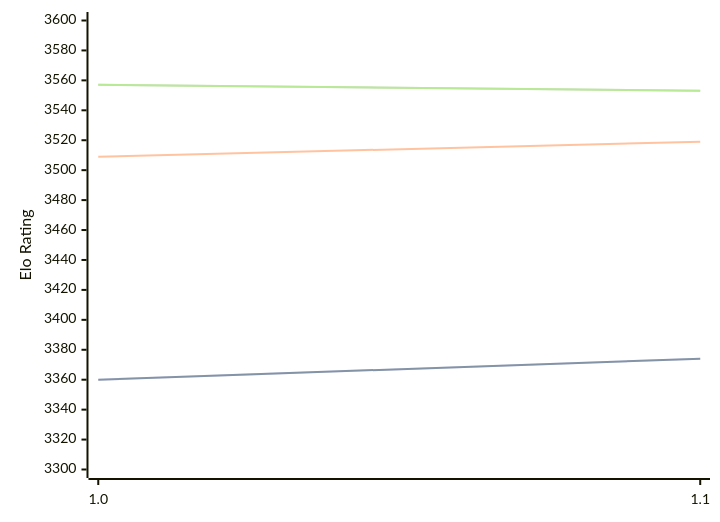
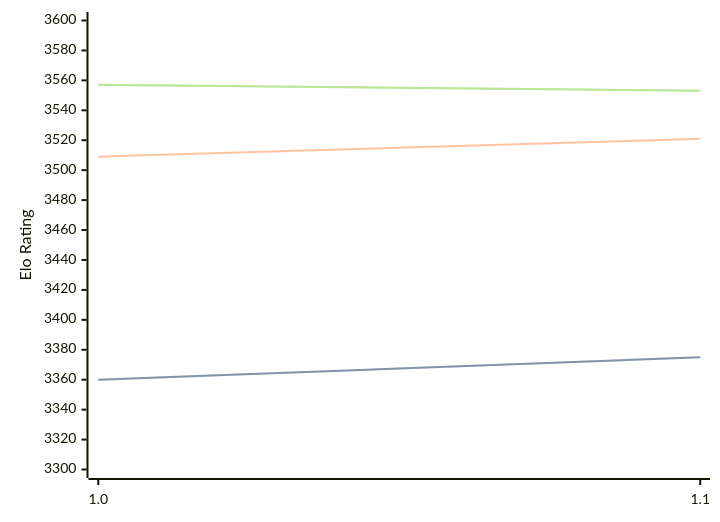
The diagram in engines/Horsie.md (computer-chess-index/cci), drawn with Mermaid before and after one commit. The commit also changed other lines of this file, not shown here.

Commit message:
Update CCI Ratings (ELO VLTC) - 2026-04-03

````diff
--- a/engines/Horsie.md
+++ b/engines/Horsie.md
@@ -32,11 +32,11 @@
 ```mermaid
 %%{init: {"theme":"base","themeVariables":{"seriesColors:['#a3a3a3','#222221','#faa371']}}}%%
 xychart-beta
   x-axis ["1.0", "1.1"]
   y-axis "Elo Rating" 3300 --> 3600
-  line "STC (8.0+0.08s)" [3360, 3374]
-  line "STC (8.0+0.08s)" [3360, 3374]
-  line "LTC (60.0+0.60s)" [3509, 3519]
+  line "STC (8.0+0.08s)" [3360, 3375]
+  line "STC (8.0+0.08s)" [3360, 3375]
+  line "LTC (60.0+0.60s)" [3509, 3521]
   line "VLTC (2m24s+1.12s)" [3557, 3553]
   line "VLTC (2m24s+1.12s)" [3557, 3553]
 ```
````
